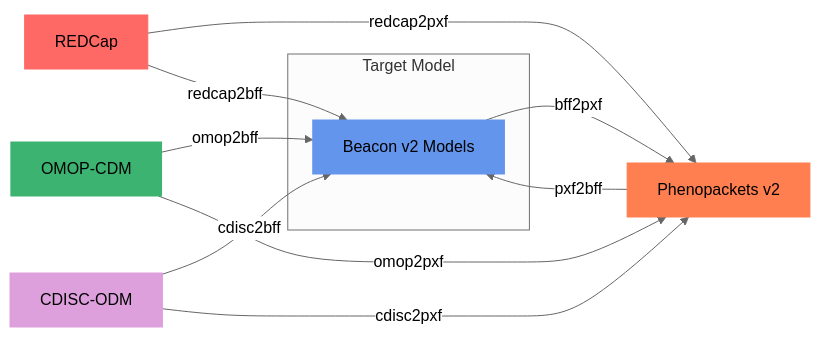
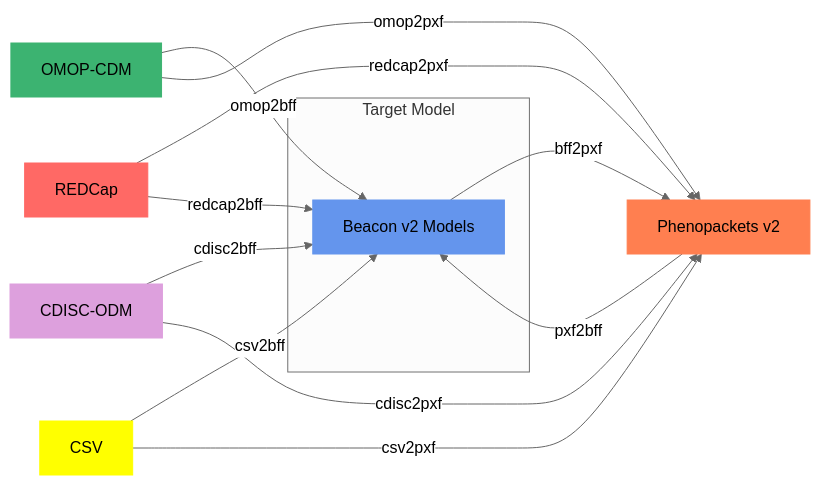
The first of 2 diagrams in docs/supported-formats.md (CNAG-Biomedical-Informatics/convert-pheno), drawn with Mermaid before and after one commit. The commit also changed other lines of this file and 7 other files, not shown here.

````diff
--- a/docs/supported-formats.md
+++ b/docs/supported-formats.md
@@ -3,27 +3,31 @@
 ```mermaid
 %%{init: {'theme':'neutral'}}%%
 graph LR
   subgraph "Target Model"
   A[Beacon v2 Models]
   end
 
   A[Beacon v2 Models] -->|bff2pxf| B[Phenopackets v2]
   C[REDCap] -->|redcap2pxf| B;
   D[OMOP-CDM] -->|omop2bff| A;
   E[CDISC-ODM] -->|cdisc2bff| A;
+  F[CSV] -->|csv2bff  | A;
   B -->|pxf2bff| A;
   C -->|redcap2bff| A;
   D -->|omop2pxf| B;
   E -->|cdisc2pxf| B;
+  F -->|csv2pxf| B;
 
   style A fill: #6495ED
   style A stroke: #6495ED
   style B fill: #FF7F50
   style B stroke: #FF7F50
   style C fill: #FF6965
   style C stroke: #FF6965
   style D fill: #3CB371
   style D stroke: #3CB371
   style E fill: #DDA0DD
   style E stroke: #DDA0DD
+  style F fill: #FFFF00
+  style F stroke: #FFFF00
 ```
````
